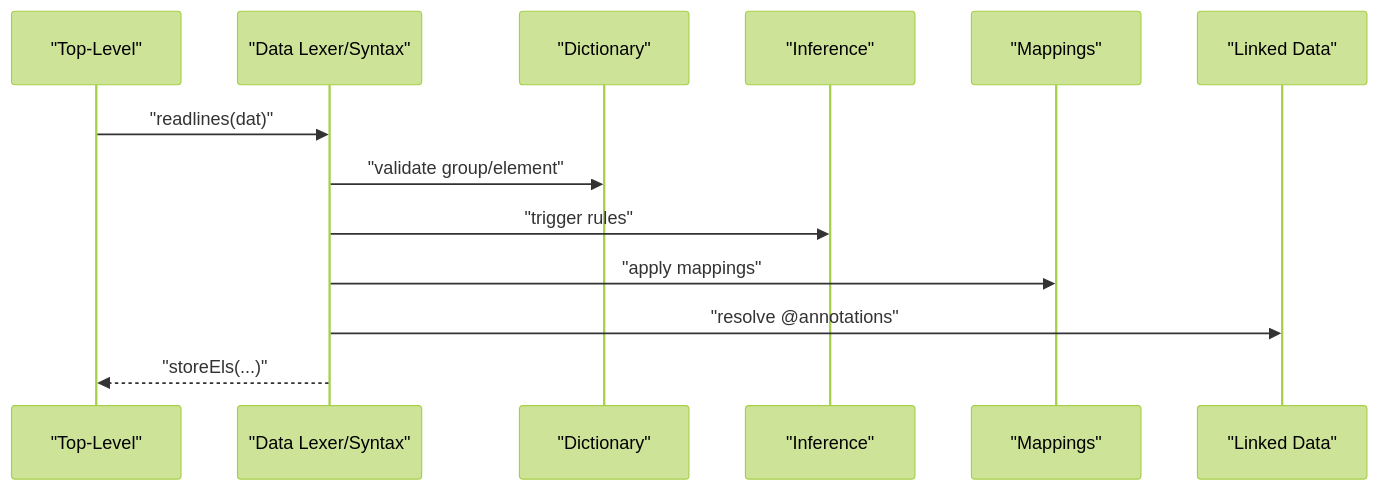
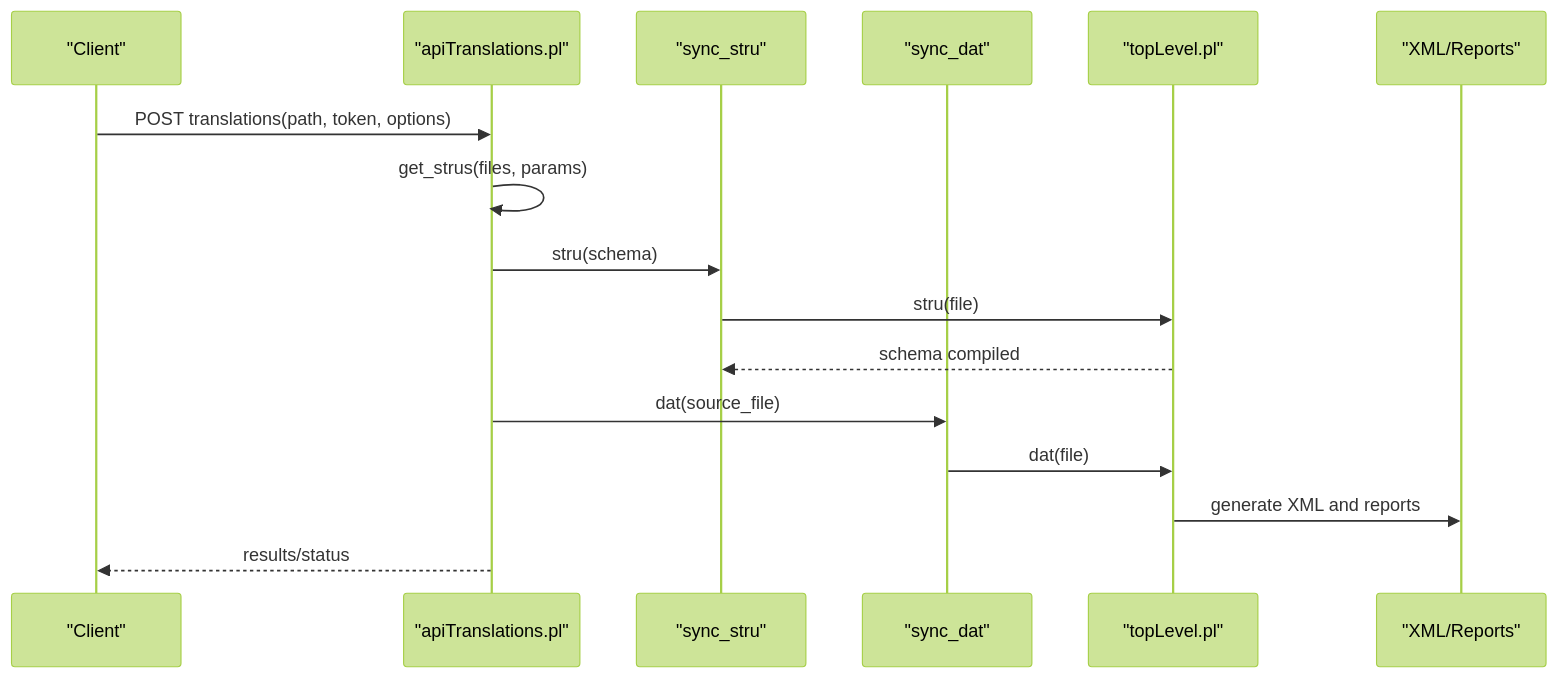
One commit to time-link/timelink-kleio changed the fifth of 10 diagrams in .qoder/repowiki/en/content/Core Concepts/Core Concepts.md. Above: the diagram before and after it, drawn with Mermaid (forest theme). The commit also changed other lines of this file and 225 other files, not shown here.

````diff
--- a/.qoder/repowiki/en/content/Core Concepts/Core Concepts.md
+++ b/.qoder/repowiki/en/content/Core Concepts/Core Concepts.md
@@ -226,15 +261,18 @@
 ```mermaid
 sequenceDiagram
-participant TL as "Top-Level"
-participant DS as "Data Lexer/Syntax"
-participant DD as "Dictionary"
-participant IF as "Inference"
-participant MP as "Mappings"
-participant LD as "Linked Data"
-TL->>DS : "readlines(dat)"
-DS->>DD : "validate group/element"
-DS->>IF : "trigger rules"
-DS->>MP : "apply mappings"
-DS->>LD : "resolve @annotations"
-DS-->>TL : "storeEls(...)"
+participant Client as "Client"
+participant API as "apiTranslations.pl"
+participant Stru as "sync_stru"
+participant Dat as "sync_dat"
+participant Top as "topLevel.pl"
+participant Out as "XML/Reports"
+Client->>API : POST translations(path, token, options)
+API->>API : get_strus(files, params)
+API->>Stru : stru(schema)
+Stru->>Top : stru(file)
+Top-->>Stru : schema compiled
+API->>Dat : dat(source_file)
+Dat->>Top : dat(file)
+Top->>Out : generate XML and reports
+API-->>Client : results/status
 ```
````
